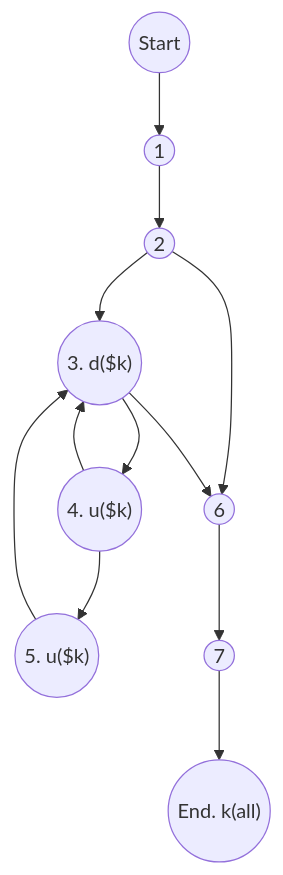
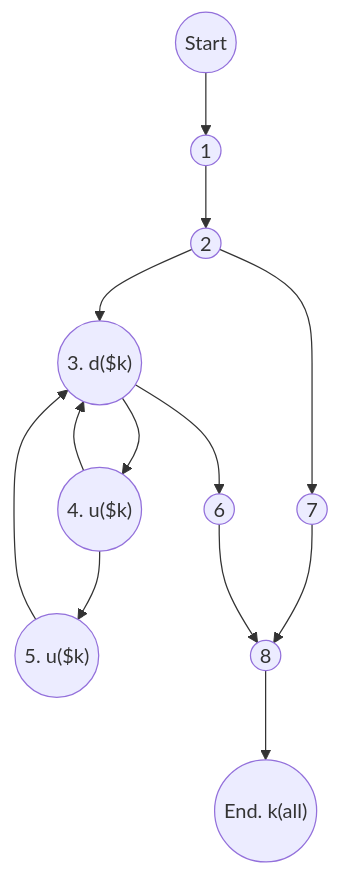
Before and after one commit to tienminhvy/ghnotes: the third of 4 diagrams in _posts/2023-11-29-KTPM.md, drawn with Mermaid. The commit also changed other lines of this file, not shown here.

````diff
--- a/_posts/2023-11-29-KTPM.md
+++ b/_posts/2023-11-29-KTPM.md
@@ -152,18 +154,20 @@
 ```mermaid
 flowchart TD
 p0(("Start"))
 p1(("1"))
 p2(("2"))
 p3(("3. d($k)"))
 p4(("4. u($k)"))
 p5(("5. u($k)"))
 p6(("6"))
 p7(("7"))
+p8(("8"))
 pe(("End. k(all)"))
 p0-->p1-->p2-->p3-->p4-->p5
-p6-->p7-->pe
-p2-->p6
+p2-->p7
 p4-->p3
 p5-->p3
 p3-->p6
+p7-->p8-->pe
+p6-->p8
 ```
````
